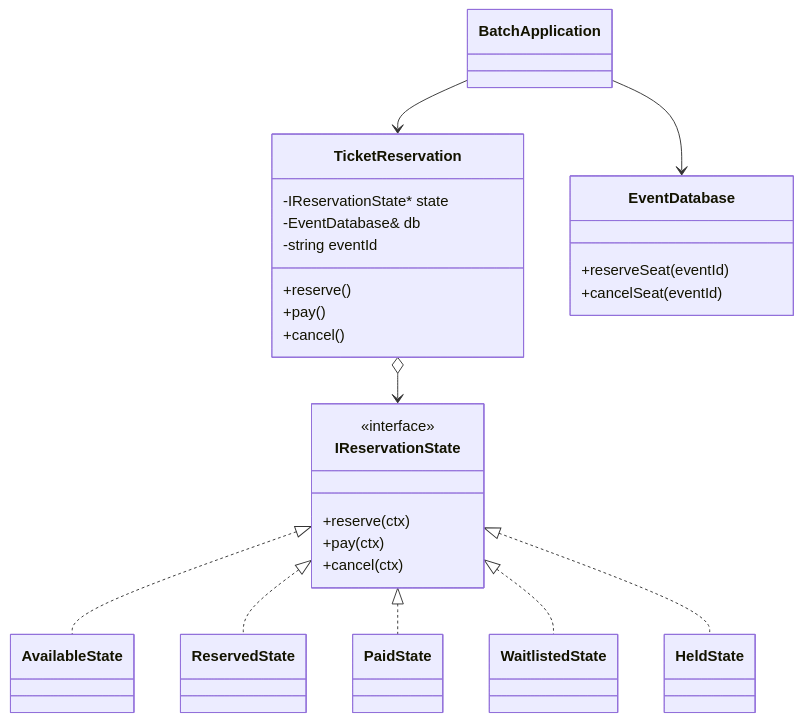
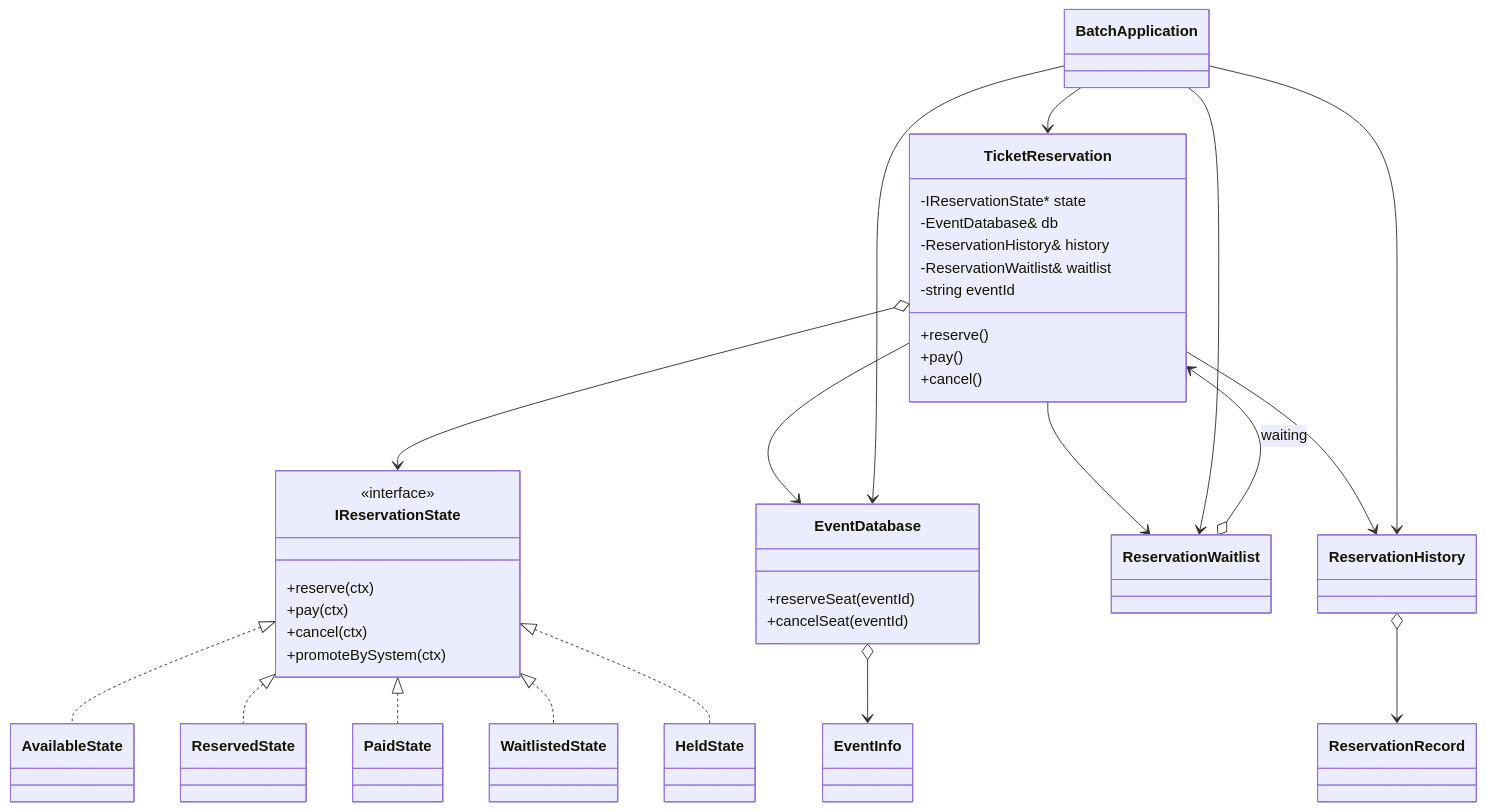
Before and after one commit to kumachan1101-pixel/DesignPattern: diagram 11 of 16 in kindle/design-patterns/output/chapter03.md, drawn with Mermaid. The commit also changed other lines of this file and 19 other files, not shown here.

````diff
--- a/kindle/design-patterns/output/chapter03.md
+++ b/kindle/design-patterns/output/chapter03.md
@@ -2094,35 +2073,50 @@
 ```mermaid
 classDiagram
     class TicketReservation {
         -IReservationState* state
         -EventDatabase& db
+        -ReservationHistory& history
+        -ReservationWaitlist& waitlist
         -string eventId
         +reserve()
         +pay()
         +cancel()
     }
     class IReservationState {
         <<interface>>
         +reserve(ctx)
         +pay(ctx)
         +cancel(ctx)
+        +promoteBySystem(ctx)
     }
+    class EventInfo
+    class ReservationRecord
+    class ReservationHistory
+    class ReservationWaitlist
     class AvailableState
     class ReservedState
     class PaidState
     class WaitlistedState
     class HeldState
     class EventDatabase {
         +reserveSeat(eventId)
         +cancelSeat(eventId)
     }
     class BatchApplication
+    EventDatabase o--> EventInfo
+    ReservationHistory o--> ReservationRecord
+    ReservationWaitlist o--> TicketReservation : waiting
     TicketReservation o--> IReservationState
+    TicketReservation --> EventDatabase
+    TicketReservation --> ReservationHistory
+    TicketReservation --> ReservationWaitlist
     BatchApplication --> TicketReservation
     BatchApplication --> EventDatabase
+    BatchApplication --> ReservationHistory
+    BatchApplication --> ReservationWaitlist
     IReservationState <|.. AvailableState
     IReservationState <|.. ReservedState
     IReservationState <|.. PaidState
     IReservationState <|.. WaitlistedState
     IReservationState <|.. HeldState
 ```
````
